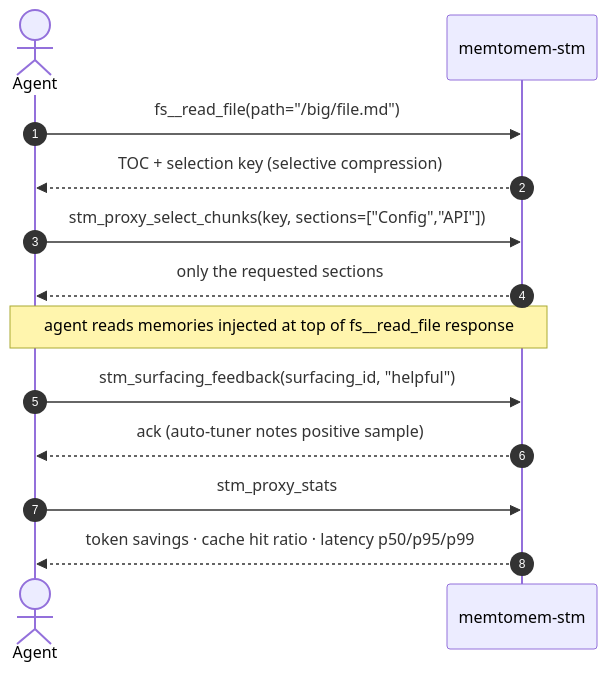
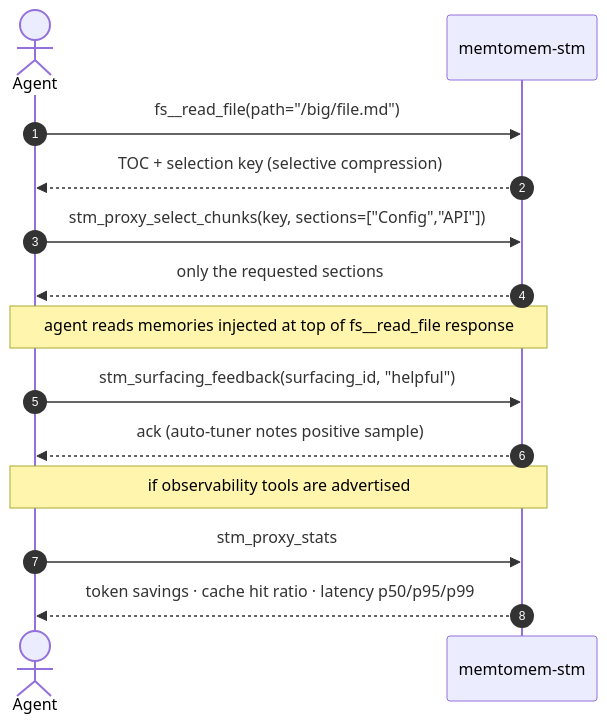
The second of 2 diagrams in docs/cli.md (memtomem/memtomem-stm), drawn with Mermaid before and after one commit. The commit also changed other lines of this file and 5 other files, not shown here.

````diff
--- a/docs/cli.md
+++ b/docs/cli.md
@@ -431,16 +529,17 @@
 ```mermaid
 sequenceDiagram
     autonumber
     actor Agent
     participant STM as memtomem-stm
 
     Agent->>STM: fs__read_file(path="/big/file.md")
     STM-->>Agent: TOC + selection key (selective compression)
     Agent->>STM: stm_proxy_select_chunks(key, sections=["Config","API"])
     STM-->>Agent: only the requested sections
     Note over Agent,STM: agent reads memories injected at top of fs__read_file response
     Agent->>STM: stm_surfacing_feedback(surfacing_id, "helpful")
     STM-->>Agent: ack (auto-tuner notes positive sample)
+    Note over Agent,STM: if observability tools are advertised
     Agent->>STM: stm_proxy_stats
     STM-->>Agent: token savings · cache hit ratio · latency p50/p95/p99
 ```
````
